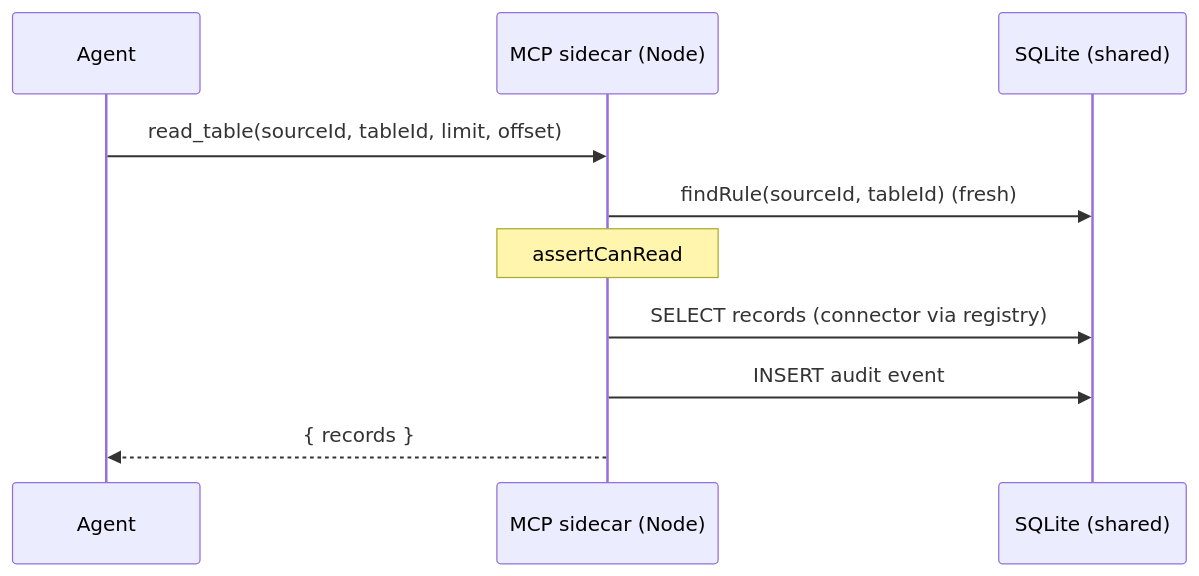
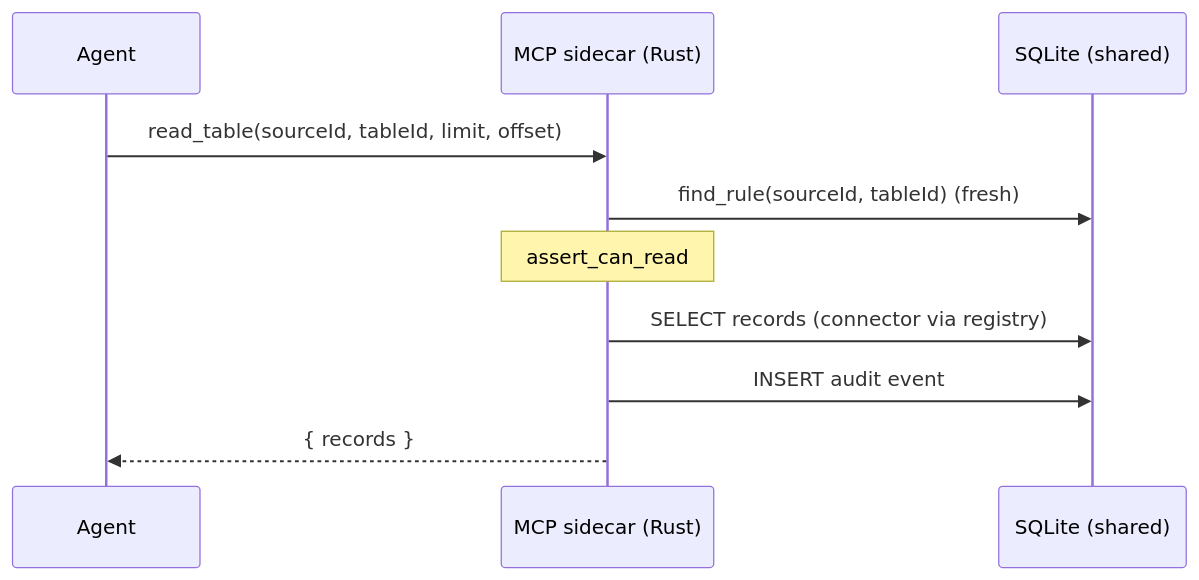
The second of 3 diagrams in docs/architecture.md (h1dr0nn/airtable-sheet-port), drawn with Mermaid before and after one commit. The commit also changed other lines of this file and 13 other files, not shown here.

````diff
--- a/docs/architecture.md
+++ b/docs/architecture.md
@@ -158,13 +165,13 @@
 ```mermaid
 sequenceDiagram
   participant A as Agent
-  participant M as MCP sidecar (Node)
+  participant M as MCP sidecar (Rust)
   participant DB as SQLite (shared)
 
   A->>M: read_table(sourceId, tableId, limit, offset)
-  M->>DB: findRule(sourceId, tableId) (fresh)
-  Note over M: assertCanRead
+  M->>DB: find_rule(sourceId, tableId) (fresh)
+  Note over M: assert_can_read
   M->>DB: SELECT records (connector via registry)
   M->>DB: INSERT audit event
   M-->>A: { records }
 ```
````
